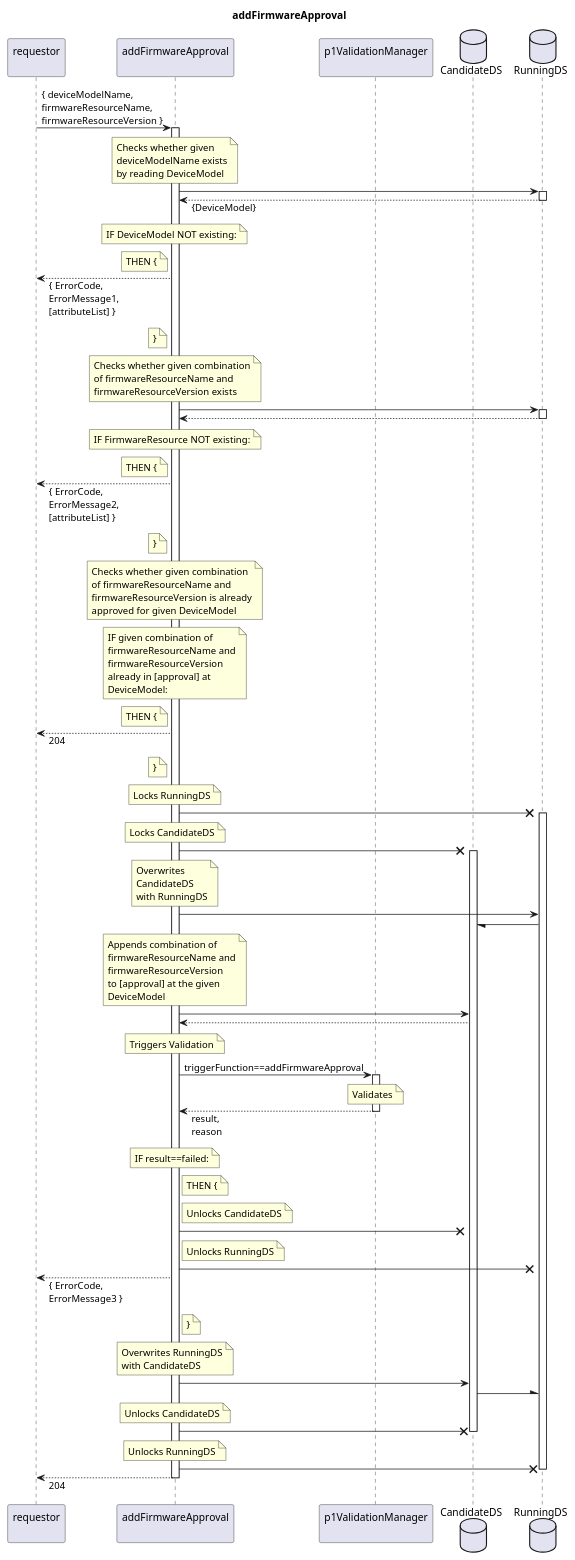
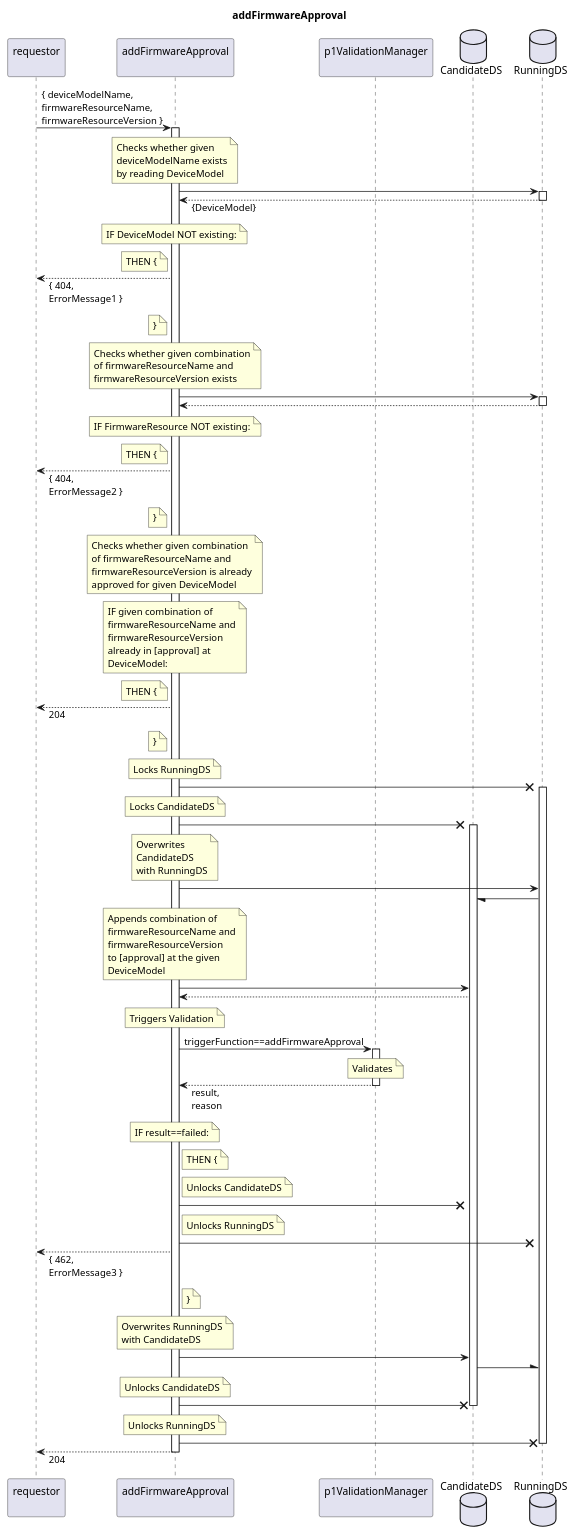
The diagram in spec/Services/addFirmwareApproval/1.0.0/addFirmwareApproval.plantuml (openBackhaul/FirmWareManager), drawn with PlantUML before and after one commit. The commit also changed 89 other files, not shown here.

```diff
--- a/spec/Services/addFirmwareApproval/1.0.0/addFirmwareApproval.plantuml
+++ b/spec/Services/addFirmwareApproval/1.0.0/addFirmwareApproval.plantuml
@@ -1,155 +1,155 @@
 @startuml addFirmwareApproval
 skinparam responseMessageBelowArrow true
 
 title
   addFirmwareApproval
 end title
 
 participant "requestor\n" as requestor
 participant "addFirmwareApproval\n" as indServ
 participant "p1ValidationManager\n" as valiMan
 database "CandidateDS" as CanDS
 database "RunningDS" as RunDS
 
 requestor -> indServ: { deviceModelName,\nfirmwareResourceName,\nfirmwareResourceVersion }
 activate indServ
 
   note over indServ
     Checks whether given
     deviceModelName exists
     by reading DeviceModel
   end note
   indServ -> RunDS
   activate RunDS
   indServ <-- RunDS: {DeviceModel}
   deactivate RunDS
   note over indServ
     IF DeviceModel NOT existing:
   end note
   note left indServ
     THEN {
   end note
-  requestor <-- indServ: { ErrorCode,\nErrorMessage1,\n[attributeList] }
+  requestor <-- indServ: { 404,\nErrorMessage1 }
   note left indServ
     }
   end note
 
   note over indServ
     Checks whether given combination
     of firmwareResourceName and
     firmwareResourceVersion exists
   end note
   indServ -> RunDS
   activate RunDS
   indServ <-- RunDS
   deactivate RunDS
   note over indServ
     IF FirmwareResource NOT existing:
   end note
   note left indServ
     THEN {
   end note
-  requestor <-- indServ: { ErrorCode,\nErrorMessage2,\n[attributeList] }
+  requestor <-- indServ: { 404,\nErrorMessage2 }
   note left indServ
     }
   end note
 
   note over indServ
     Checks whether given combination
     of firmwareResourceName and
     firmwareResourceVersion is already
     approved for given DeviceModel
   end note
   note over indServ
     IF given combination of
     firmwareResourceName and
     firmwareResourceVersion
     already in [approval] at
     DeviceModel:
   end note
   note left indServ
     THEN {
   end note
   requestor <-- indServ: 204
   note left indServ
     }
   end note
 
   note over indServ
     Locks RunningDS
   end note
   indServ -X RunDS
   activate RunDS
   note over indServ
     Locks CandidateDS
   end note
   indServ -X CanDS
   activate CanDS
   note over indServ
     Overwrites
     CandidateDS
     with RunningDS
   end note
   indServ -> RunDS
   RunDS -/ CanDS
 
   note over indServ
     Appends combination of
     firmwareResourceName and
     firmwareResourceVersion
     to [approval] at the given
     DeviceModel
   end note
   indServ -> CanDS
   indServ <-- CanDS
 
   note over indServ
     Triggers Validation
   end note
   indServ -> valiMan: triggerFunction==addFirmwareApproval
   activate valiMan
     note over valiMan
       Validates
     end note
   indServ <-- valiMan: result,\nreason
   deactivate valiMan
   note over indServ
     IF result==failed:
   end note
   note right indServ
     THEN {
   end note
   note right indServ
     Unlocks CandidateDS
   end note
   indServ -X CanDS
   note right indServ
     Unlocks RunningDS
   end note
   indServ -X RunDS
-  requestor <-- indServ: { ErrorCode,\nErrorMessage3 }
+  requestor <-- indServ: { 462,\nErrorMessage3 }
   note right indServ
     }
   end note
 
   note over indServ
     Overwrites RunningDS
     with CandidateDS
   end note
   indServ -> CanDS
   CanDS -\ RunDS
   note over indServ
     Unlocks CandidateDS
   end note
   indServ -X CanDS
   deactivate CanDS
   note over indServ
     Unlocks RunningDS
   end note
   indServ -X RunDS
   deactivate RunDS
 
 requestor <-- indServ: 204
 deactivate indServ
 
 @enduml
```
